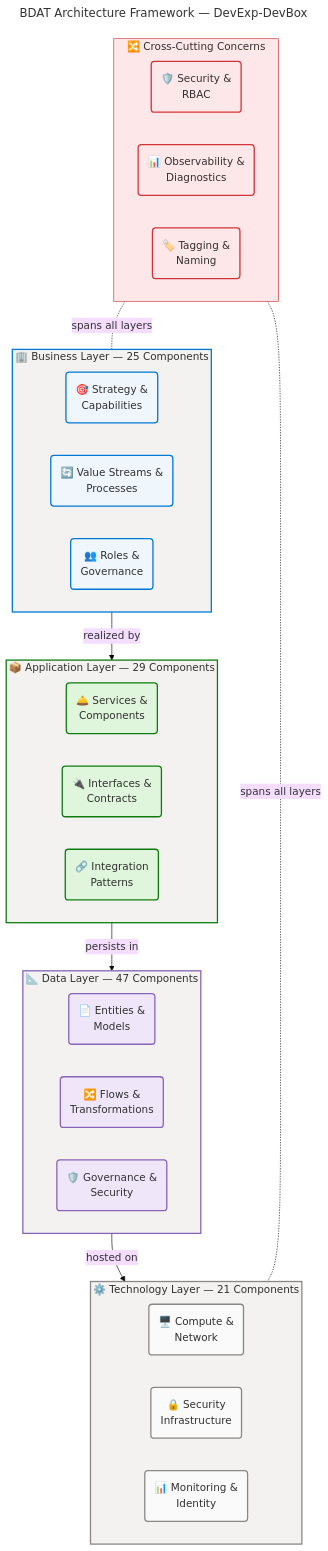
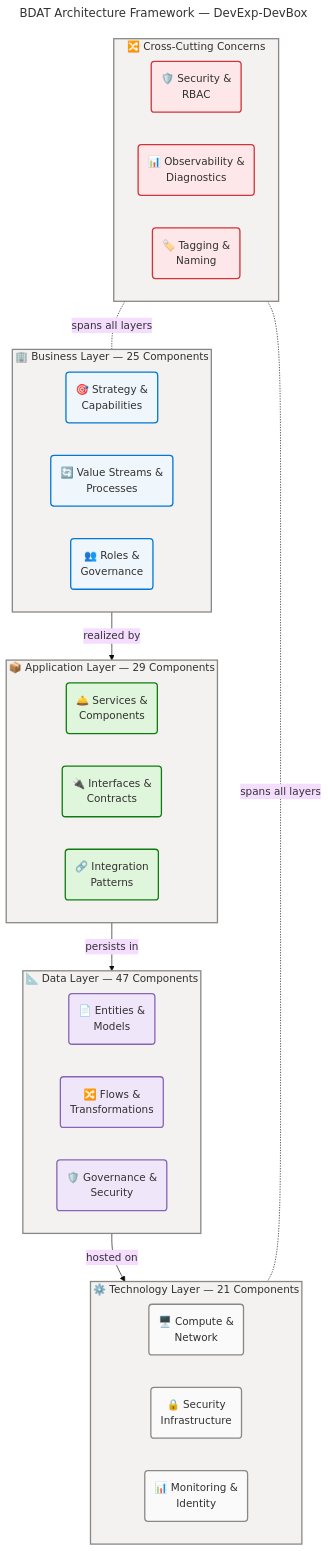
One commit to Evilazaro/DevExp-DevBox changed the diagram in docs/architecture/README.md. Above: the diagram before and after it, drawn with Mermaid.

Commit message:
feat: enhance architecture diagram with Fluent UI styling and centralized class definitions for improved consistency

````diff
--- a/docs/architecture/README.md
+++ b/docs/architecture/README.md
@@ -59,69 +59,82 @@
 ```mermaid
 ---
 title: BDAT Architecture Framework — DevExp-DevBox
 config:
   theme: base
   look: classic
   layout: dagre
   themeVariables:
     fontSize: '16px'
   flowchart:
     htmlLabels: true
 ---
 flowchart TB
     accTitle: BDAT Architecture Framework — DevExp-DevBox
     accDescr: Shows the four BDAT architecture layers, their key questions, component types, and vertical traceability relationships for the DevExp-DevBox platform
 
+    %% ═══════════════════════════════════════════════════════════════════════════
+    %% AZURE / FLUENT ARCHITECTURE PATTERN v1.1
+    %% (Semantic + Structural + Font + Accessibility Governance)
+    %% ═══════════════════════════════════════════════════════════════════════════
+    %% PHASE 1 - FLUENT UI: All styling uses approved Fluent UI palette only
+    %% PHASE 2 - GROUPS: Every subgraph has semantic color via style directive
+    %% PHASE 3 - COMPONENTS: Every node has semantic classDef + icon prefix
+    %% PHASE 4 - ACCESSIBILITY: accTitle/accDescr present, WCAG AA contrast
+    %% PHASE 5 - STANDARD: Governance block present, classDefs centralized
+    %% ═══════════════════════════════════════════════════════════════════════════
+
     subgraph business["🏢 Business Layer — 25 Components"]
         direction LR
         B1("🎯 Strategy &<br/>Capabilities"):::core
         B2("🔄 Value Streams &<br/>Processes"):::core
         B3("👥 Roles &<br/>Governance"):::core
     end
 
     subgraph application["📦 Application Layer — 29 Components"]
         direction LR
         A1("🛎️ Services &<br/>Components"):::success
         A2("🔌 Interfaces &<br/>Contracts"):::success
         A3("🔗 Integration<br/>Patterns"):::success
     end
 
-    subgraph data["📐 Data Layer — 47 Components"]
+    subgraph dataLayer["📐 Data Layer — 47 Components"]
         direction LR
         D1("📄 Entities &<br/>Models"):::data
         D2("🔀 Flows &<br/>Transformations"):::data
         D3("🛡️ Governance &<br/>Security"):::data
     end
 
     subgraph technology["⚙️ Technology Layer — 21 Components"]
         direction LR
         T1("🖥️ Compute &<br/>Network"):::neutral
         T2("🔒 Security<br/>Infrastructure"):::neutral
         T3("📊 Monitoring &<br/>Identity"):::neutral
     end
 
     subgraph crosscut["🔀 Cross-Cutting Concerns"]
         direction LR
         CC1("🛡️ Security &<br/>RBAC"):::danger
         CC2("📊 Observability &<br/>Diagnostics"):::danger
         CC3("🏷️ Tagging &<br/>Naming"):::danger
     end
 
     business -->|"realized by"| application
-    application -->|"persists in"| data
-    data -->|"hosted on"| technology
+    application -->|"persists in"| dataLayer
+    dataLayer -->|"hosted on"| technology
     crosscut -.-|"spans all layers"| business
     crosscut -.-|"spans all layers"| technology
 
+    %% Centralized classDefs
     classDef core fill:#EFF6FC,stroke:#0078D4,stroke-width:2px,color:#323130
     classDef success fill:#DFF6DD,stroke:#107C10,stroke-width:2px,color:#323130
     classDef data fill:#F0E6FA,stroke:#8764B8,stroke-width:2px,color:#323130
     classDef neutral fill:#FAFAFA,stroke:#8A8886,stroke-width:2px,color:#323130
     classDef danger fill:#FDE7E9,stroke:#D13438,stroke-width:2px,color:#323130
 
-    style business fill:#F3F2F1,stroke:#0078D4,stroke-width:2px,color:#323130
-    style application fill:#F3F2F1,stroke:#107C10,stroke-width:2px,color:#323130
-    style data fill:#F3F2F1,stroke:#8764B8,stroke-width:2px,color:#323130
+    %% Subgraph styling (5 subgraphs = 5 style directives)
+    style business fill:#F3F2F1,stroke:#8A8886,stroke-width:2px,color:#323130
+    style application fill:#F3F2F1,stroke:#8A8886,stroke-width:2px,color:#323130
+    style dataLayer fill:#F3F2F1,stroke:#8A8886,stroke-width:2px,color:#323130
     style technology fill:#F3F2F1,stroke:#8A8886,stroke-width:2px,color:#323130
-    style crosscut fill:#FDE7E9,stroke:#D13438,stroke-width:1px,color:#323130
+    style crosscut fill:#F3F2F1,stroke:#8A8886,stroke-width:2px,color:#323130
 ```
````
